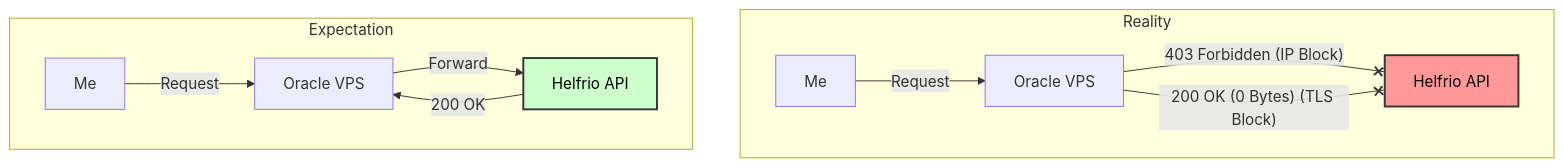
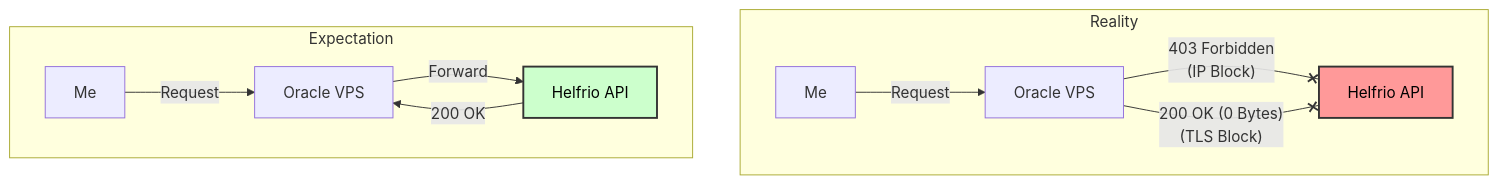
One commit to Microck/ja3-bypass-gateway changed the first of 6 diagrams in README.md. Above: the diagram before and after it, drawn with Mermaid. The commit also changed other lines of this file, not shown here.

````diff
--- a/README.md
+++ b/README.md
@@ -23,18 +23,18 @@
 ```mermaid
 graph TD
     subgraph "Reality"
         Laptop2[Me] -->|Request| VPS2["Oracle VPS"]
-        VPS2 -- "403 Forbidden (IP Block)" --x API2["Helfrio API"]
-        VPS2 -- "200 OK (0 Bytes) (TLS Block)" --x API2
+        VPS2 -- "403 Forbidden<br/>(IP Block)" --x API2["Helfrio API"]
+        VPS2 -- "200 OK (0 Bytes)<br/>(TLS Block)" --x API2
     end
 
     subgraph "Expectation"
         Laptop1[Me] -->|Request| VPS1["Oracle VPS"]
         VPS1 -->|Forward| API1["Helfrio API"]
         API1 -->|200 OK| VPS1
     end
     
     %% High Contrast Styling
     style API1 fill:#ccffcc,stroke:#333,stroke-width:2px,color:black
     style API2 fill:#ff9999,stroke:#333,stroke-width:2px,color:black
 ```
````
